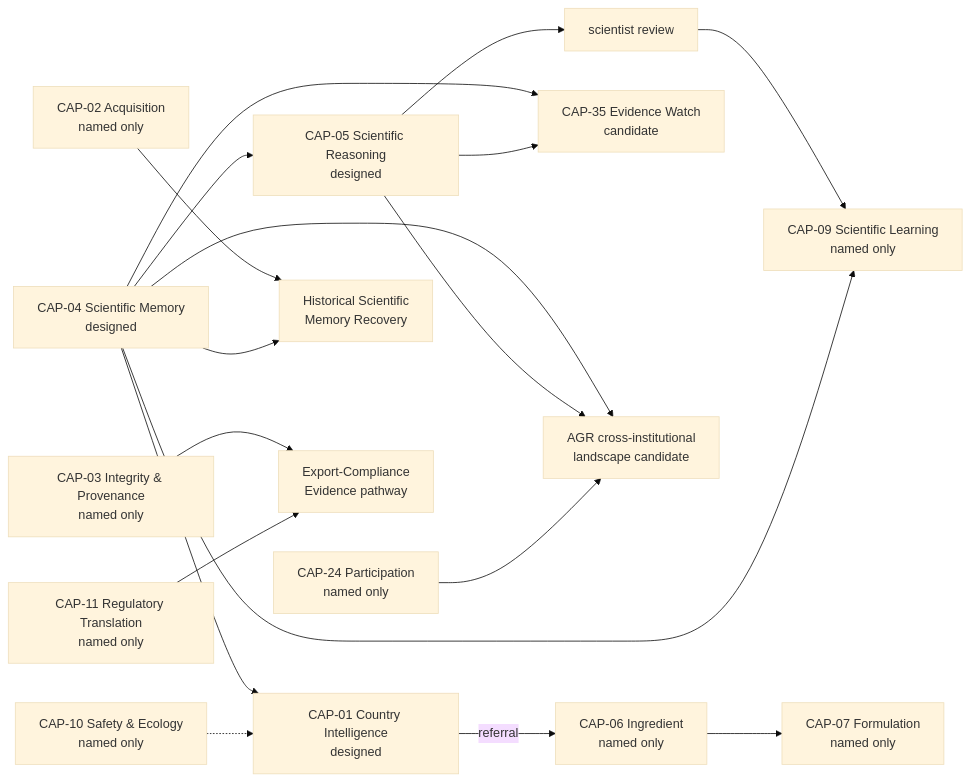
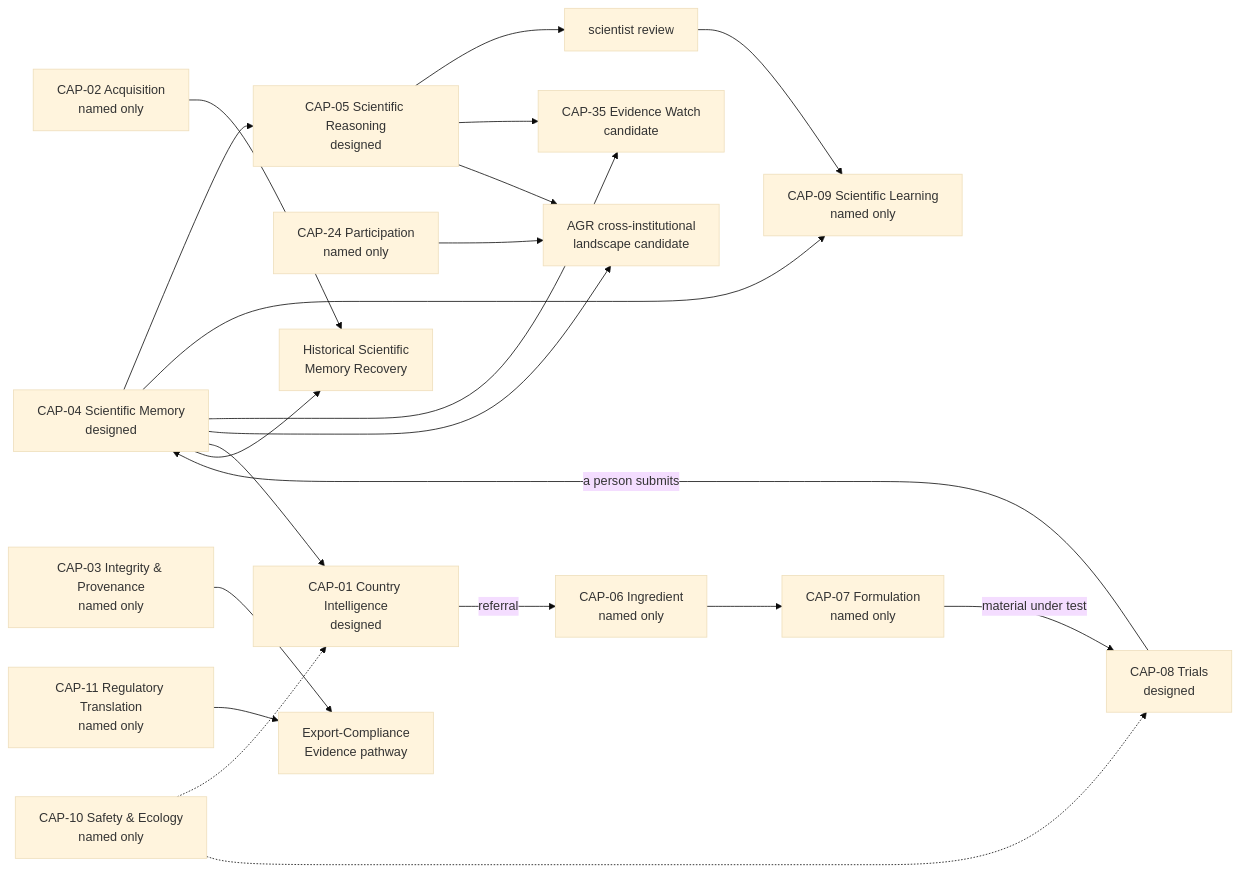
Before and after one commit to AdvancedAgricultureBiometrix/aab-source-of-truth: the second of 4 diagrams in governance/AAB-PLATFORM-ROADMAP-2026-09-27.md, drawn with Mermaid (base theme). The commit also changed other lines of this file and 1 other file, not shown here.

First line of the commit message:
Roadmap and stock-take at 0461bfb: brain governance and CAP-08 committed

````diff
--- a/governance/AAB-PLATFORM-ROADMAP-2026-09-27.md
+++ b/governance/AAB-PLATFORM-ROADMAP-2026-09-27.md
@@ -515,20 +521,23 @@
 ```mermaid
 flowchart LR
   A04[CAP-04 Scientific Memory<br/>designed] --> A05[CAP-05 Scientific Reasoning<br/>designed]
   A05 --> H[scientist review]
   H --> A09[CAP-09 Scientific Learning<br/>named only]
   A04 --> A09
   A04 --> W[CAP-35 Evidence Watch<br/>candidate]
   A05 --> W
   A04 --> X[AGR cross-institutional<br/>landscape candidate]
   A05 --> X
   A24[CAP-24 Participation<br/>named only] --> X
   A06[CAP-06 Ingredient<br/>named only] --> A07[CAP-07 Formulation<br/>named only]
   A04 --> A01[CAP-01 Country Intelligence<br/>designed]
   A01 -->|referral| A06
   A10[CAP-10 Safety & Ecology<br/>named only] -.-> A01
+  A07 -->|material under test| A08[CAP-08 Trials<br/>designed]
+  A08 -->|a person submits| A04
+  A10 -.-> A08
   A02[CAP-02 Acquisition<br/>named only] --> HSM[Historical Scientific<br/>Memory Recovery]
   A04 --> HSM
   A03[CAP-03 Integrity & Provenance<br/>named only] --> EXP[Export-Compliance<br/>Evidence pathway]
   A11[CAP-11 Regulatory Translation<br/>named only] --> EXP
 ```
````
